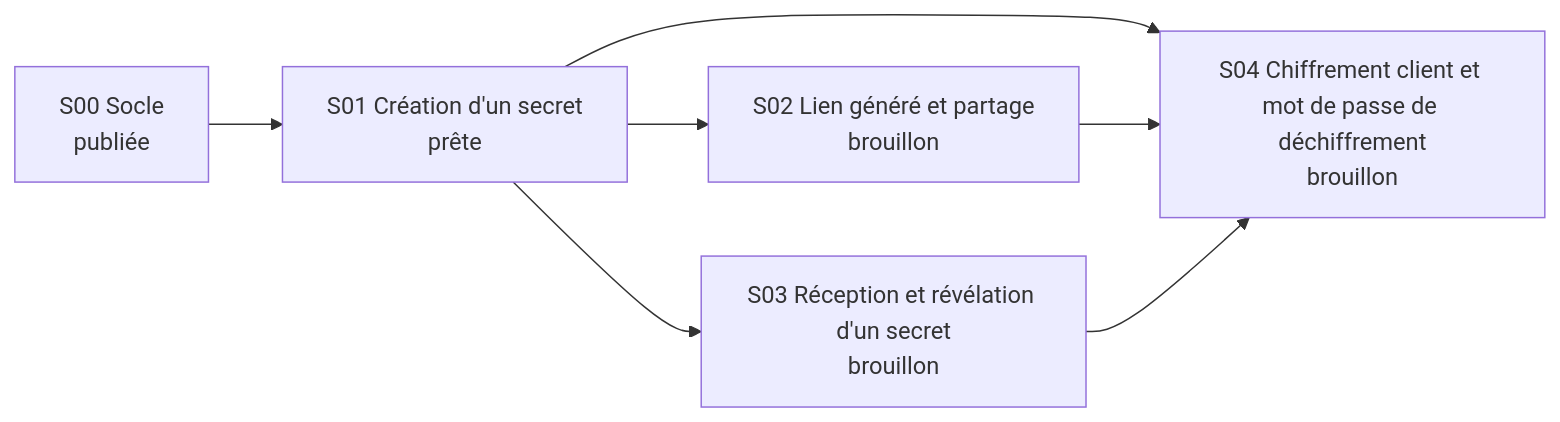
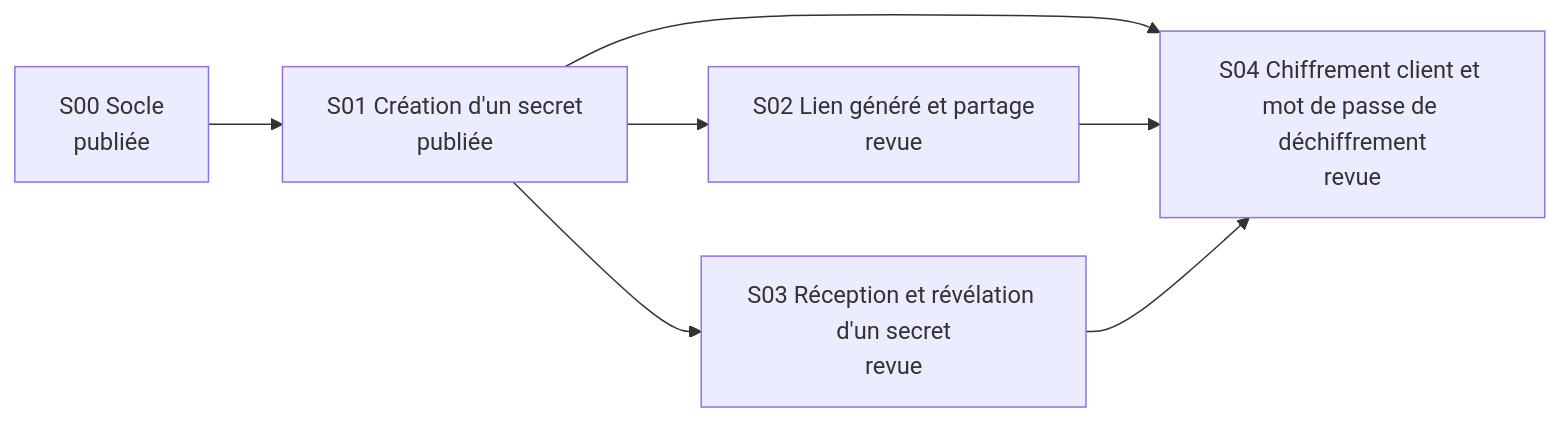
One commit to lgrdev/eloneva-secret changed the diagram in specs/_index.md. Above: the diagram before and after it, drawn with Mermaid. The commit also changed other lines of this file and 3 other files, not shown here.

````diff
--- a/specs/_index.md
+++ b/specs/_index.md
@@ -23,14 +23,14 @@
 ```mermaid
 flowchart LR
   S00["S00 Socle<br/>publiée"]
-  S01["S01 Création d'un secret<br/>prête"]
-  S02["S02 Lien généré et partage<br/>brouillon"]
-  S03["S03 Réception et révélation d'un secret<br/>brouillon"]
-  S04["S04 Chiffrement client et mot de passe de déchiffrement<br/>brouillon"]
+  S01["S01 Création d'un secret<br/>publiée"]
+  S02["S02 Lien généré et partage<br/>revue"]
+  S03["S03 Réception et révélation d'un secret<br/>revue"]
+  S04["S04 Chiffrement client et mot de passe de déchiffrement<br/>revue"]
   S00 --> S01
   S01 --> S02
   S01 --> S03
   S01 --> S04
   S02 --> S04
   S03 --> S04
 ```
````
